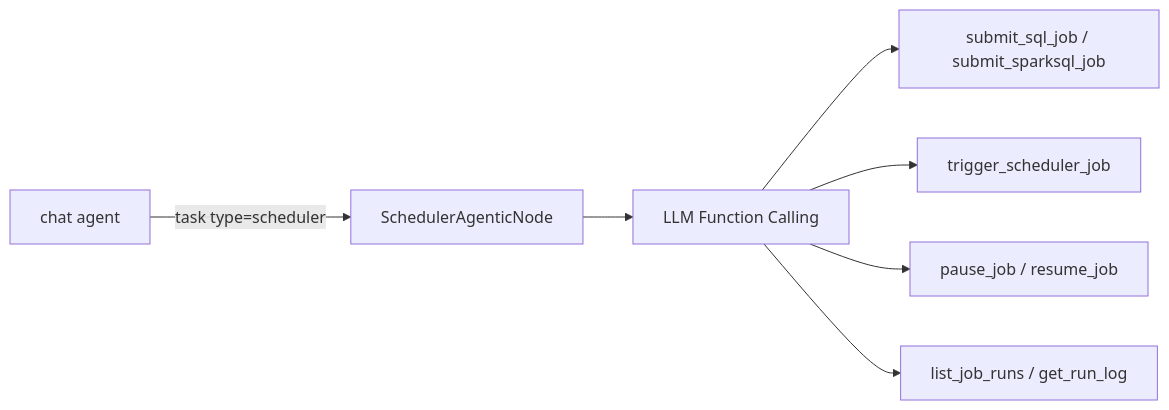
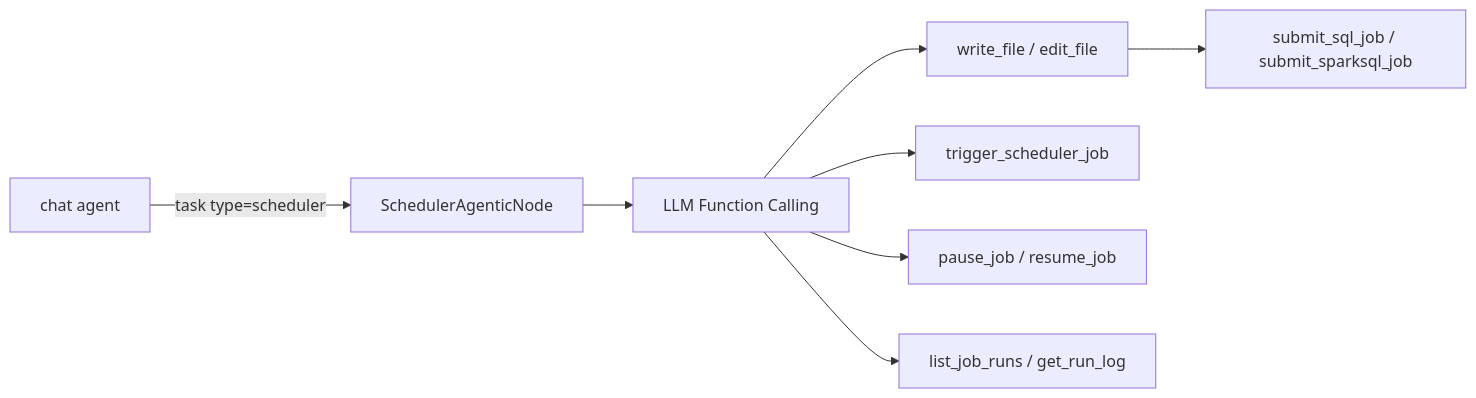
Before and after one commit to astenir/datus: the eighth of 8 diagrams in datus-agent/docs/subagent/builtin_subagents.md, drawn with Mermaid. The commit also changed other lines of this file and 69 other files, not shown here.

````diff
--- a/datus-agent/docs/subagent/builtin_subagents.md
+++ b/datus-agent/docs/subagent/builtin_subagents.md
@@ -1140,9 +1151,10 @@
 ```mermaid
 graph LR
     A[chat agent] -->|task type=scheduler| B[SchedulerAgenticNode]
     B --> C[LLM Function Calling]
-    C --> D[submit_sql_job / submit_sparksql_job]
-    C --> E[trigger_scheduler_job]
-    C --> F[pause_job / resume_job]
-    C --> G[list_job_runs / get_run_log]
+    C --> D[write_file / edit_file]
+    D --> E[submit_sql_job / submit_sparksql_job]
+    C --> F[trigger_scheduler_job]
+    C --> G[pause_job / resume_job]
+    C --> H[list_job_runs / get_run_log]
 ```
````
